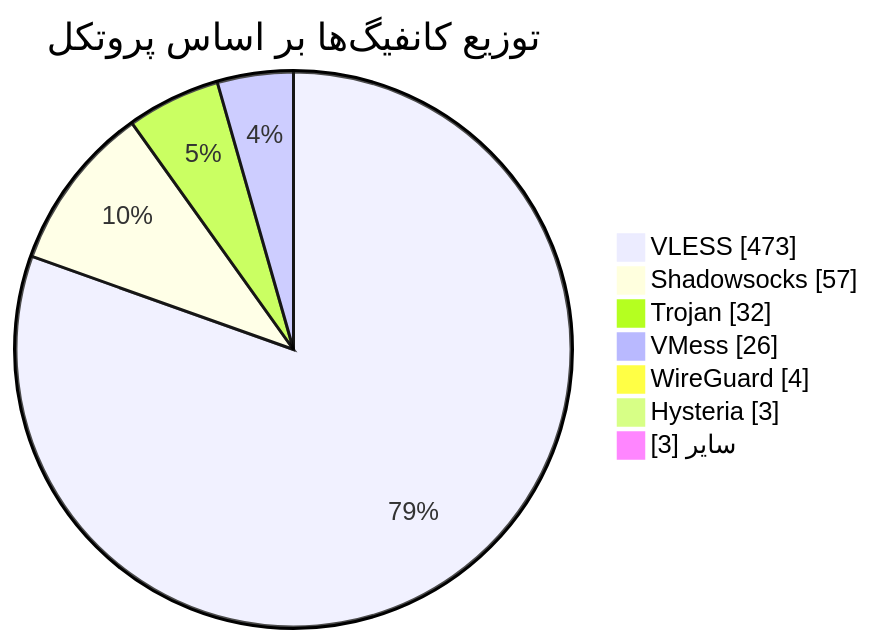
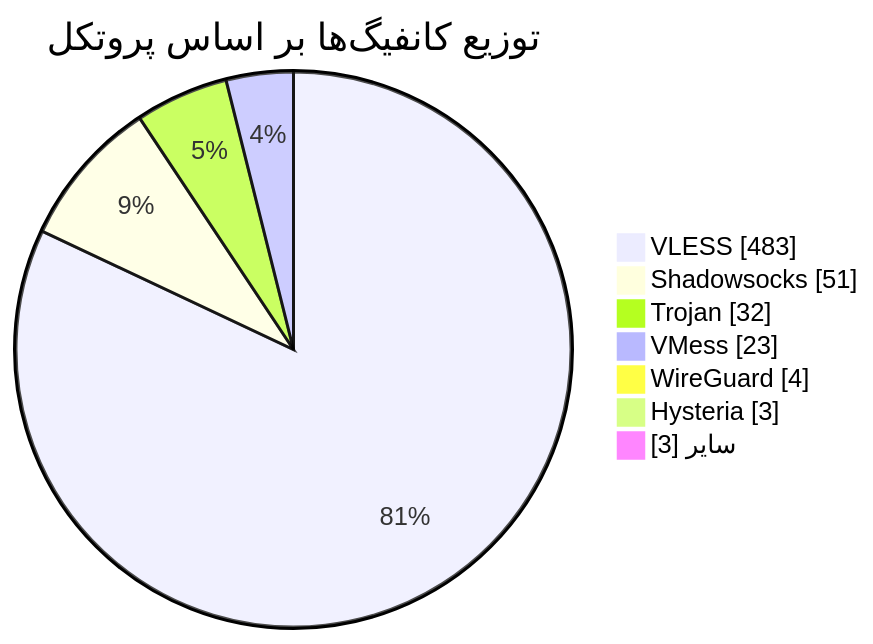
Before and after one commit to Arian-Alijani/Somthing: the diagram in README.md, drawn with Mermaid. The commit also changed other lines of this file and 17 other files, not shown here.

````diff
--- a/README.md
+++ b/README.md
@@ -49,11 +49,11 @@
 ```mermaid
 pie showData
     title توزیع کانفیگ‌ها بر اساس پروتکل
-    "VLESS" : 473
-    "Shadowsocks" : 57
+    "VLESS" : 483
+    "Shadowsocks" : 51
     "Trojan" : 32
-    "VMess" : 26
+    "VMess" : 23
     "WireGuard" : 4
     "Hysteria" : 3
     "سایر" : 3
 ```
````
